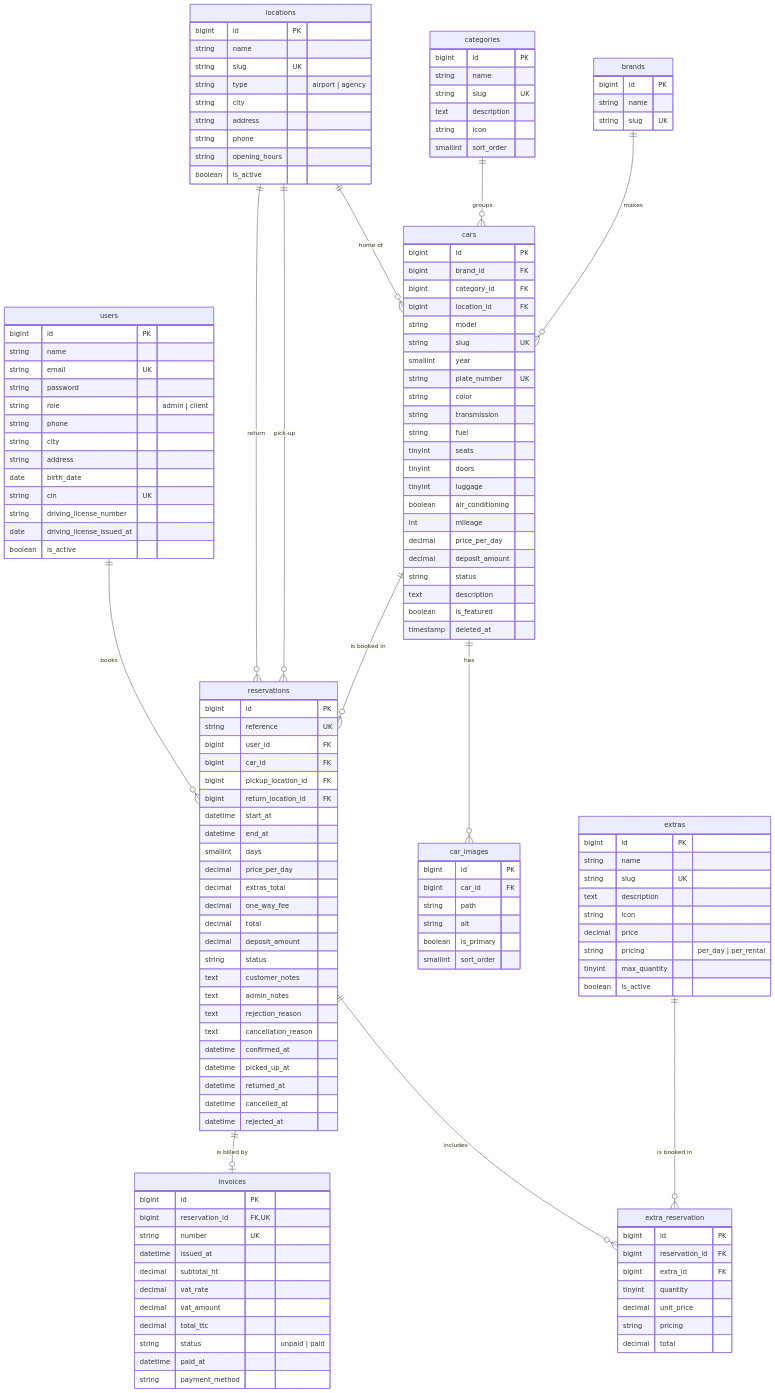
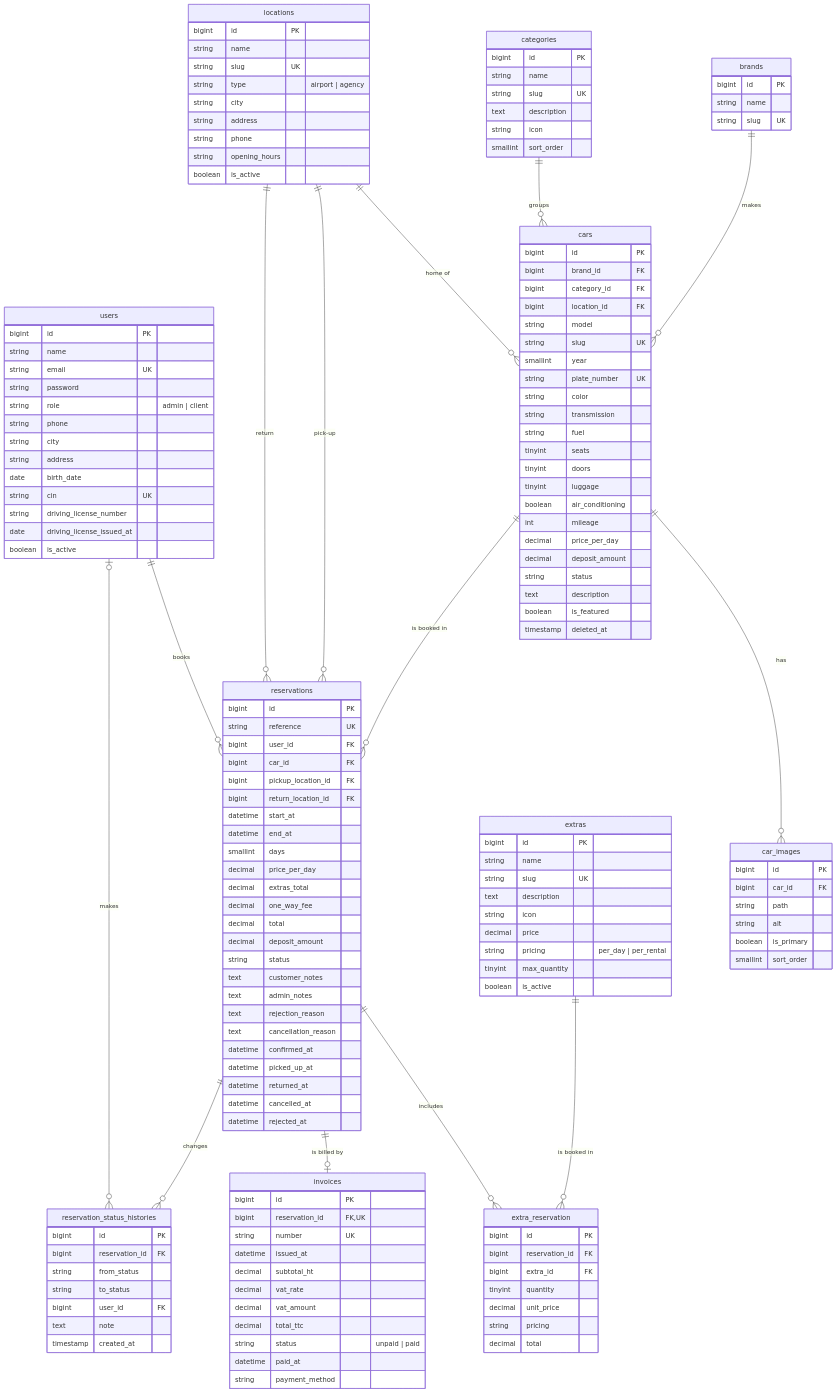
One commit to ElFarisssaid19/Tomobilti changed the first of 2 diagrams in docs/database.md. Above: the diagram before and after it, drawn with Mermaid. The commit also changed other lines of this file and 137 other files, not shown here.

```diff
--- a/docs/database.md
+++ b/docs/database.md
@@ -23,6 +23,8 @@
     reservations ||--o{ extra_reservation : "includes"
     extras ||--o{ extra_reservation : "is booked in"
     reservations ||--o| invoices : "is billed by"
+    reservations ||--o{ reservation_status_histories : "changes"
+    users |o--o{ reservation_status_histories : "makes"
 
     users {
         bigint id PK
@@ -141,6 +143,15 @@
         string pricing
         decimal total
     }
+    reservation_status_histories {
+        bigint id PK
+        bigint reservation_id FK
+        string from_status
+        string to_status
+        bigint user_id FK
+        text note
+        timestamp created_at
+    }
     invoices {
         bigint id PK
         bigint reservation_id FK,UK
```
